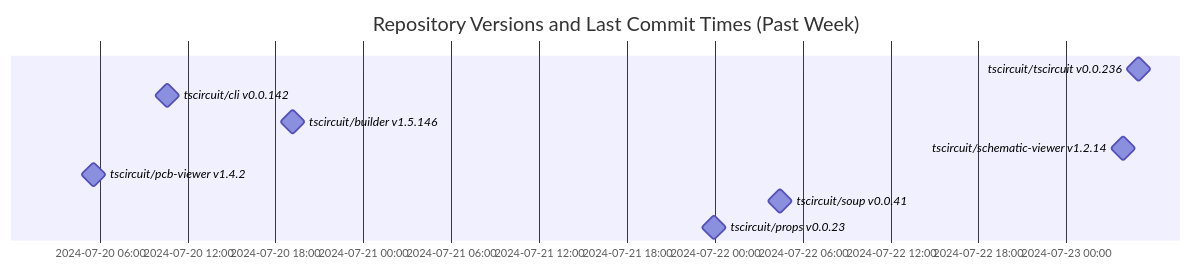
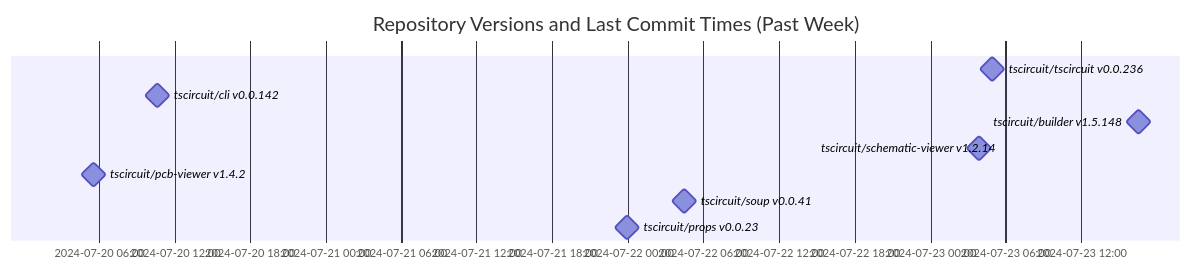
Before and after one commit to tscircuit/version-tracker: the diagram in README.md, drawn with Mermaid.

Commit message:
Update chart

````diff
--- a/README.md
+++ b/README.md
@@ -1,14 +1,14 @@
 ```mermaid
 gantt
   dateFormat  YYYY-MM-DD HH:mm:ss
   title Repository Versions and Last Commit Times (Past Week)
   axisFormat %Y-%m-%d %H:%M
 
   tscircuit/tscircuit v0.0.236 : milestone, 2024-07-23 04:55:43, 1s
   tscircuit/cli v0.0.142 : milestone, 2024-07-20 10:36:15, 1s
-  tscircuit/builder v1.5.146 : milestone, 2024-07-20 19:11:54, 1s
+  tscircuit/builder v1.5.148 : milestone, 2024-07-23 16:33:04, 1s
   tscircuit/schematic-viewer v1.2.14 : milestone, 2024-07-23 03:50:56, 1s
   tscircuit/pcb-viewer v1.4.2 : milestone, 2024-07-20 05:34:23, 1s
   tscircuit/soup v0.0.41 : milestone, 2024-07-22 04:28:33, 1s
   tscircuit/props v0.0.23 : milestone, 2024-07-21 23:57:13, 1s
 ```
````
